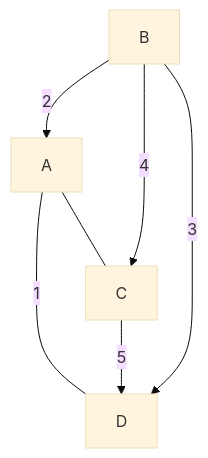
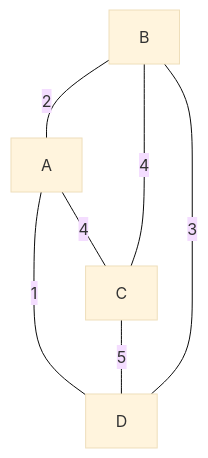
The first of 3 diagrams in docs/extra/graphs/prims-algorithm.md (ajay-dhangar/algo), drawn with Mermaid (base theme) before and after one commit. The commit also changed other lines of this file, not shown here.

````diff
--- a/docs/extra/graphs/prims-algorithm.md
+++ b/docs/extra/graphs/prims-algorithm.md
@@ -40,9 +40,9 @@
 ```mermaid
 graph TB
-  B -->|2| A
-  B -->|4| C
-  B -->|3| D
+  B ---|2| A
+  B ---|4| C
+  B ---|3| D
   A ---|1| D
-  A --- C
-  C -->|5| D
+  A ---|4| C
+  C ---|5| D
 ```
````
